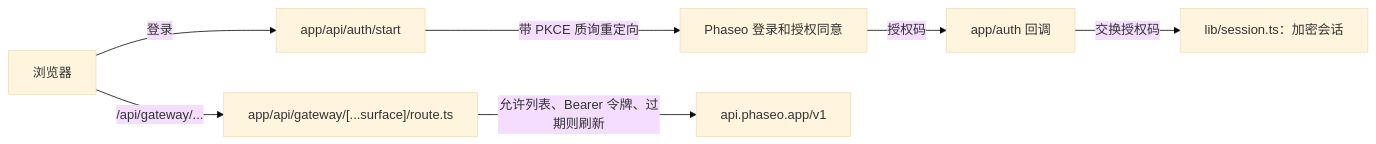
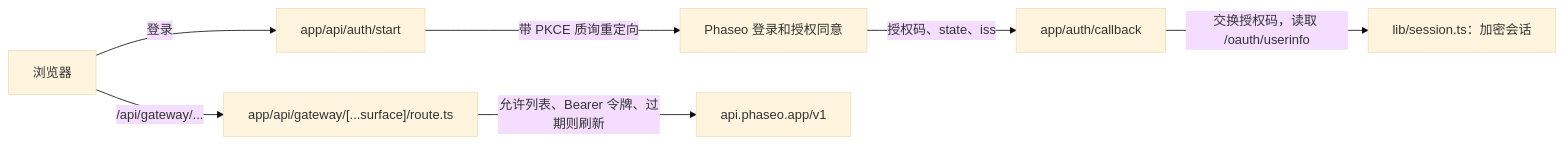
Before and after one commit to phaseoteam/Phaseo: the diagram in apps/docs/zh-Hans/v1/cookbook/build-an-oauth-nextjs-workbench.mdx, drawn with Mermaid (base theme). The commit also changed other lines of this file and 9 other files, not shown here.

````diff
--- a/apps/docs/zh-Hans/v1/cookbook/build-an-oauth-nextjs-workbench.mdx
+++ b/apps/docs/zh-Hans/v1/cookbook/build-an-oauth-nextjs-workbench.mdx
@@ -45,9 +45,9 @@
 ```mermaid
 flowchart LR
   browser["浏览器"] -->|"登录"| start["app/api/auth/start"]
   start -->|"带 PKCE 质询重定向"| authz["Phaseo 登录和授权同意"]
-  authz -->|"授权码"| cb["app/auth 回调"]
-  cb -->|"交换授权码"| sess["lib/session.ts：加密会话"]
+  authz -->|"授权码、state、iss"| cb["app/auth/callback"]
+  cb -->|"交换授权码，读取 /oauth/userinfo"| sess["lib/session.ts：加密会话"]
   browser -->|"/api/gateway/..."| proxy["app/api/gateway/[...surface]/route.ts"]
   proxy -->|"允许列表、Bearer 令牌、过期则刷新"| gw["api.phaseo.app/v1"]
 ```
````
